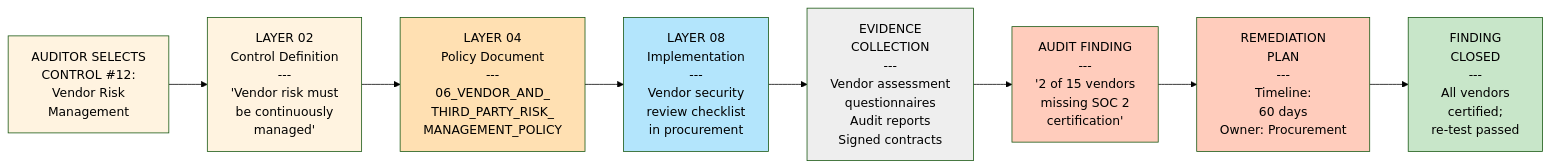
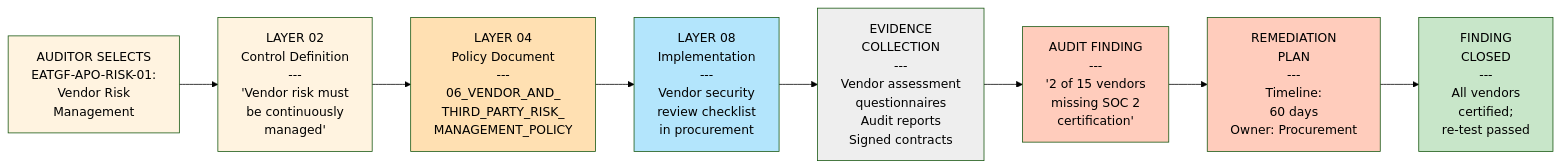
One commit to tariqsaidofficial/eatgf-framework changed the fourth of 5 diagrams in ARCHITECTURE_AND_NAVIGATION.md. Above: the diagram before and after it, drawn with Mermaid (forest theme). The commit also changed other lines of this file and 93 other files, not shown here.

````diff
--- a/ARCHITECTURE_AND_NAVIGATION.md
+++ b/ARCHITECTURE_AND_NAVIGATION.md
@@ -149,35 +149,35 @@
 ```mermaid
 graph LR
-    SELECTION["AUDITOR SELECTS<br/>CONTROL #12:<br/>Vendor Risk<br/>Management"]
+    SELECTION["AUDITOR SELECTS<br/>EATGF-APO-RISK-01:<br/>Vendor Risk<br/>Management"]
     
     POINTER_L02["LAYER 02<br/>Control Definition<br/>---<br/>'Vendor risk must<br/>be continuously<br/>managed'"]
     
     POINTER_L04["LAYER 04<br/>Policy Document<br/>---<br/>06_VENDOR_AND_<br/>THIRD_PARTY_RISK_<br/>MANAGEMENT_POLICY"]
     
     POINTER_L08["LAYER 08<br/>Implementation<br/>---<br/>Vendor security<br/>review checklist<br/>in procurement"]
     
     EVIDENCE["EVIDENCE<br/>COLLECTION<br/>---<br/>Vendor assessment<br/>questionnaires<br/>Audit reports<br/>Signed contracts"]
     
     FINDING["AUDIT FINDING<br/>---<br/>'2 of 15 vendors<br/>missing SOC 2<br/>certification'"]
     
     REMEDIATION["REMEDIATION<br/>PLAN<br/>---<br/>Timeline:<br/>60 days<br/>Owner: Procurement"]
     
     CLOSE["FINDING<br/>CLOSED<br/>---<br/>All vendors<br/>certified;<br/>re-test passed"]
     
     SELECTION --> POINTER_L02
     POINTER_L02 --> POINTER_L04
     POINTER_L04 --> POINTER_L08
     POINTER_L08 --> EVIDENCE
     EVIDENCE --> FINDING
     FINDING --> REMEDIATION
     REMEDIATION --> CLOSE
     
     style SELECTION fill:#fff3e0
     style POINTER_L02 fill:#fff3e0
     style POINTER_L04 fill:#ffe0b2
     style POINTER_L08 fill:#b3e5fc
     style EVIDENCE fill:#eeeeee
     style FINDING fill:#ffccbc
     style REMEDIATION fill:#ffccbc
     style CLOSE fill:#c8e6c9
 ```
````
